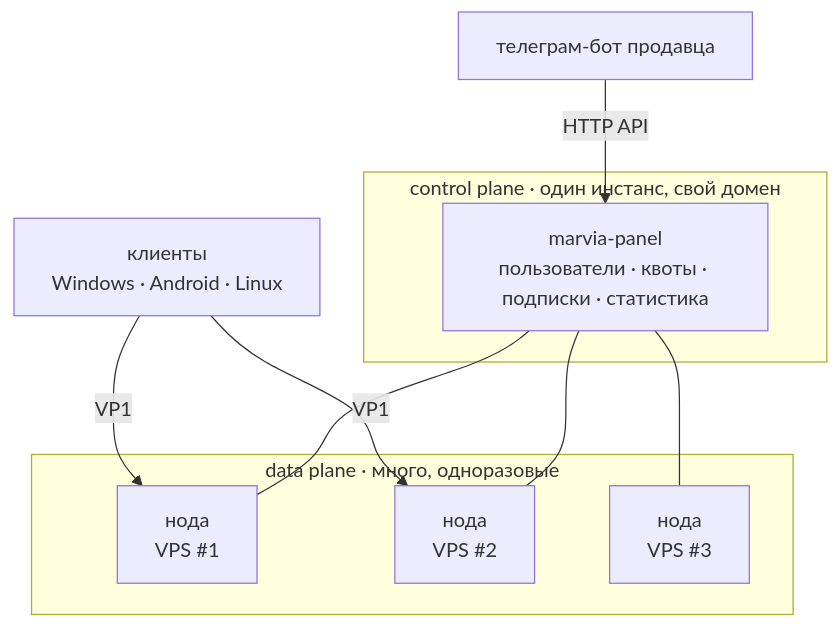
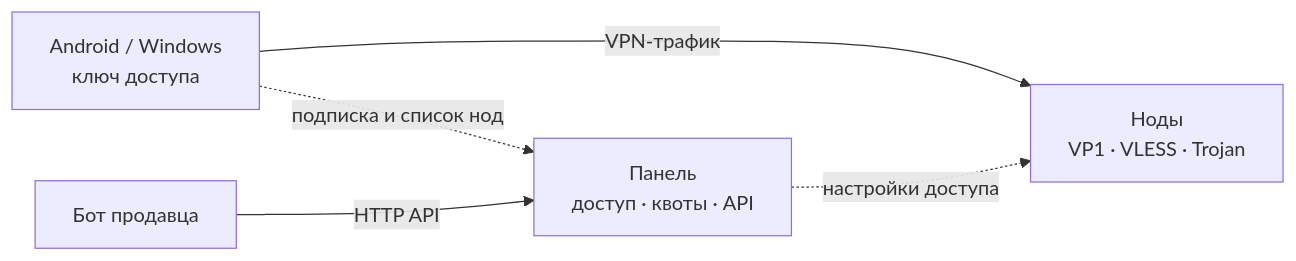
One commit to jytt8u/marvia changed the diagram in README.md. Above: the diagram before and after it, drawn with Mermaid. The commit also changed other lines of this file and 4 other files, not shown here.

````diff
--- a/README.md
+++ b/README.md
@@ -163,17 +73,7 @@
 ```mermaid
-flowchart TB
-    subgraph CP["control plane · один инстанс, свой домен"]
-        P["marvia-panel<br/>пользователи · квоты · подписки · статистика"]
-    end
-    subgraph DP["data plane · много, одноразовые"]
-        N1["нода<br/>VPS #1"]
-        N2["нода<br/>VPS #2"]
-        N3["нода<br/>VPS #3"]
-    end
-    B["телеграм-бот продавца"] -->|HTTP API| P
-    P --- N1
-    P --- N2
-    P --- N3
-    C["клиенты<br/>Windows · Android · Linux"] -->|VP1| N1
-    C -->|VP1| N2
+flowchart LR
+    U["Android / Windows<br/>ключ доступа"] -->|"VPN-трафик"| N["Ноды<br/>VP1 · VLESS · Trojan"]
+    U -.->|"подписка и список нод"| P["Панель<br/>доступ · квоты · API"]
+    B["Бот продавца"] -->|"HTTP API"| P
+    P -.->|"настройки доступа"| N
 ```
````
